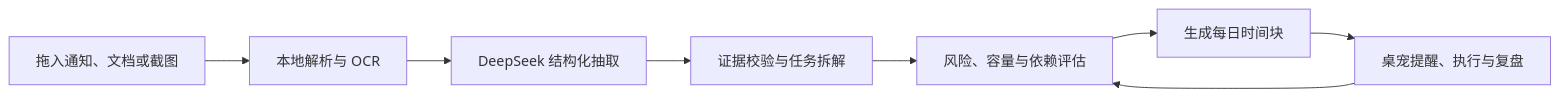
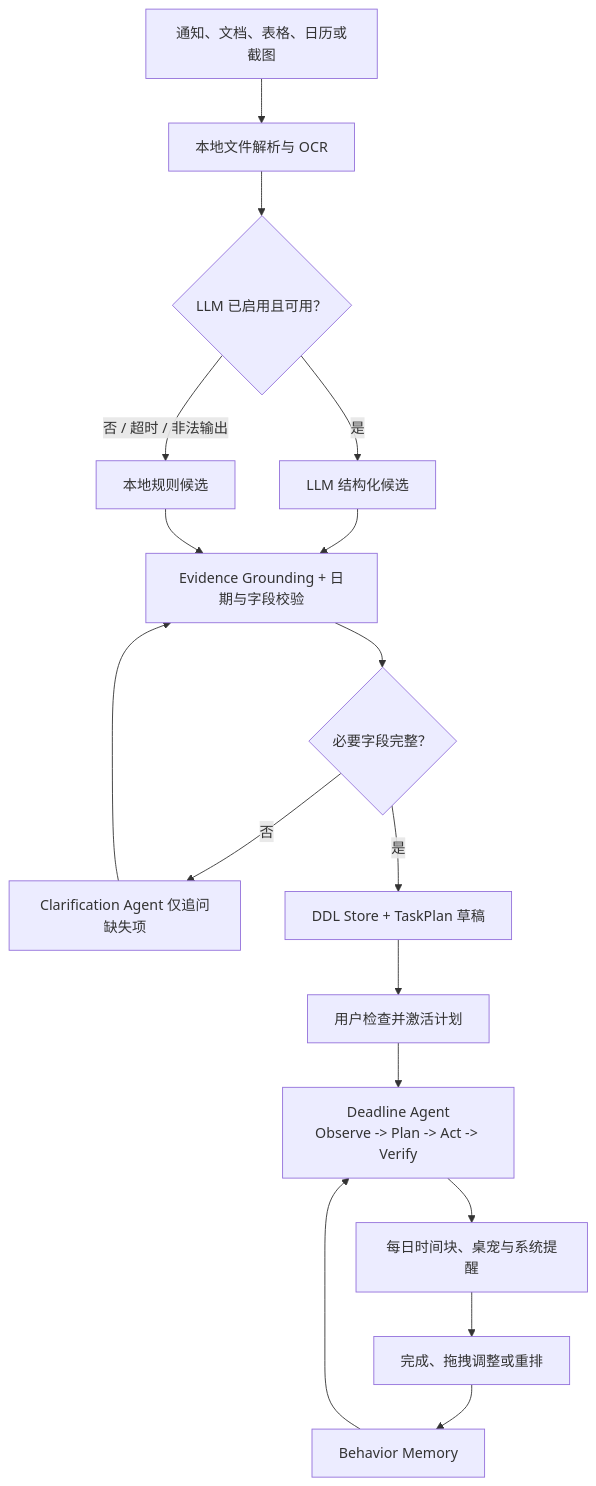
Before and after one commit to miracle121388-a11y/chroni: the diagram in README.md, drawn with Mermaid. The commit also changed other lines of this file and 13 other files, not shown here.

````diff
--- a/README.md
+++ b/README.md
@@ -44,10 +83,19 @@
 ```mermaid
-flowchart LR
-  A["拖入通知、文档或截图"] --> B["本地解析与 OCR"]
-  B --> C["DeepSeek 结构化抽取"]
-  C --> D["证据校验与任务拆解"]
-  D --> E["风险、容量与依赖评估"]
-  E --> F["生成每日时间块"]
-  F --> G["桌宠提醒、执行与复盘"]
-  G --> E
+flowchart TD
+  A["通知、文档、表格、日历或截图"] --> B["本地文件解析与 OCR"]
+  B --> C{"LLM 已启用且可用？"}
+  C -- "是" --> D["LLM 结构化候选"]
+  C -- "否 / 超时 / 非法输出" --> E["本地规则候选"]
+  D --> F["Evidence Grounding + 日期与字段校验"]
+  E --> F
+  F --> G{"必要字段完整？"}
+  G -- "否" --> H["Clarification Agent 仅追问缺失项"]
+  H --> F
+  G -- "是" --> I["DDL Store + TaskPlan 草稿"]
+  I --> J["用户检查并激活计划"]
+  J --> K["Deadline Agent<br/>Observe -> Plan -> Act -> Verify"]
+  K --> L["每日时间块、桌宠与系统提醒"]
+  L --> M["完成、拖拽调整或重排"]
+  M --> N["Behavior Memory"]
+  N --> K
 ```
````
